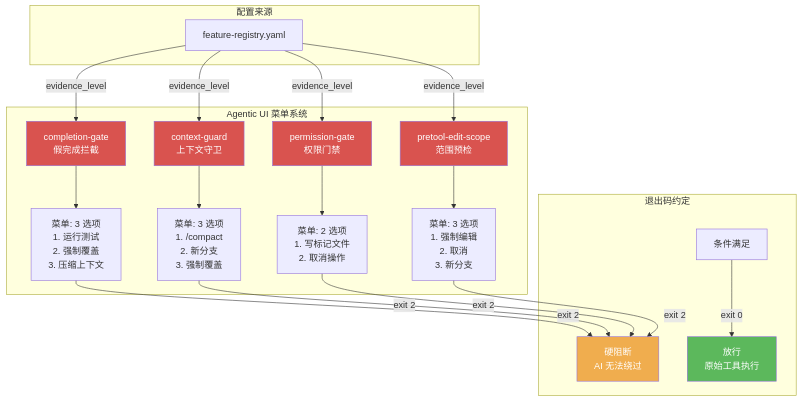
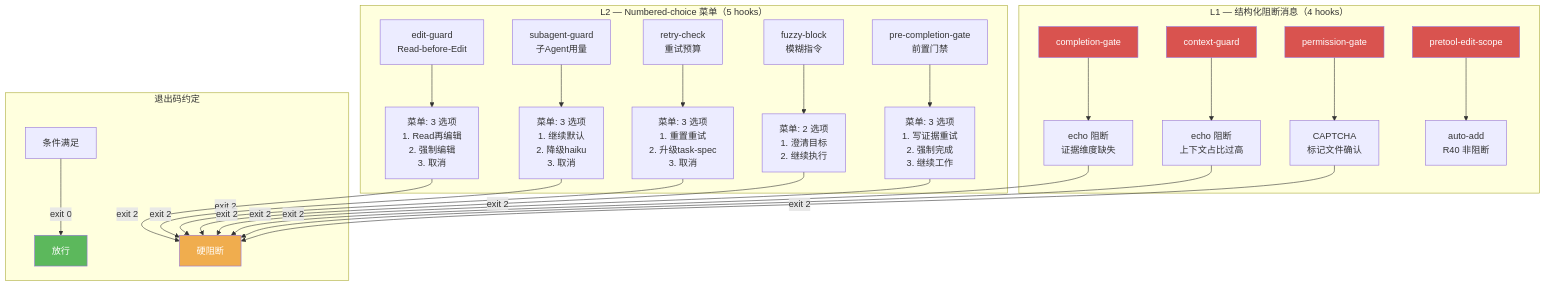
The second of 3 diagrams in lecture/07-agentic-ui.md (NinesunLiang/Sylph), drawn with Mermaid before and after one commit. The commit also changed other lines of this file and 111 other files, not shown here.

First line of the commit message:
fix: permission-gate 跨平台硬化 + install.sh 依赖预检 + DG-10~DG-15 狗粮教训

````diff
--- a/lecture/07-agentic-ui.md
+++ b/lecture/07-agentic-ui.md
@@ -312,31 +451,36 @@
 ```mermaid
 graph TD
-    subgraph "Agentic UI 菜单系统"
-        CG[completion-gate<br/>假完成拦截] --> M1["菜单: 3 选项<br/>1. 运行测试<br/>2. 强制覆盖<br/>3. 压缩上下文"]
-        CTX[context-guard<br/>上下文守卫] --> M2["菜单: 3 选项<br/>1. /compact<br/>2. 新分支<br/>3. 强制覆盖"]
-        PG[permission-gate<br/>权限门禁] --> M3["菜单: 2 选项<br/>1. 写标记文件<br/>2. 取消操作"]
-        ES[pretool-edit-scope<br/>范围预检] --> M4["菜单: 3 选项<br/>1. 强制编辑<br/>2. 取消<br/>3. 新分支"]
+    subgraph "L2 — Numbered-choice 菜单（5 hooks）"
+        EG[edit-guard<br/>Read-before-Edit] --> M1["菜单: 3 选项<br/>1. Read再编辑<br/>2. 强制编辑<br/>3. 取消"]
+        SG[subagent-guard<br/>子Agent用量] --> M2["菜单: 3 选项<br/>1. 继续默认<br/>2. 降级haiku<br/>3. 取消"]
+        RC[retry-check<br/>重试预算] --> M3["菜单: 3 选项<br/>1. 重置重试<br/>2. 升级task-spec<br/>3. 取消"]
+        FB[fuzzy-block<br/>模糊指令] --> M4["菜单: 2 选项<br/>1. 澄清目标<br/>2. 继续执行"]
+        PC[pre-completion-gate<br/>前置门禁] --> M5["菜单: 3 选项<br/>1. 写证据重试<br/>2. 强制完成<br/>3. 继续工作"]
     end
 
-    subgraph "配置来源"
-        FR[feature-registry.yaml] -->|evidence_level| CG
-        FR -->|evidence_level| CTX
-        FR -->|evidence_level| PG
-        FR -->|evidence_level| ES
+    subgraph "L1 — 结构化阻断消息（4 hooks）"
+        CG[completion-gate] --> S1["echo 阻断<br/>证据维度缺失"]
+        CTX[context-guard] --> S2["echo 阻断<br/>上下文占比过高"]
+        PG[permission-gate] --> S3["CAPTCHA<br/>标记文件确认"]
+        ES[pretool-edit-scope] --> S4["auto-add<br/>R40 非阻断"]
     end
 
     subgraph "退出码约定"
-        M1 -->|exit 2| BLOCK[硬阻断<br/>AI 无法绕过]
+        M1 -->|exit 2| BLOCK[硬阻断]
         M2 -->|exit 2| BLOCK
         M3 -->|exit 2| BLOCK
         M4 -->|exit 2| BLOCK
-        OK[条件满足] -->|exit 0| PASS[放行<br/>原始工具执行]
+        M5 -->|exit 2| BLOCK
+        S1 -->|exit 2| BLOCK
+        S2 -->|exit 2| BLOCK
+        S3 -->|exit 2| BLOCK
+        OK[条件满足] -->|exit 0| PASS[放行]
     end
 
     style CG fill:#d9534f,color:#fff
     style CTX fill:#d9534f,color:#fff
     style PG fill:#d9534f,color:#fff
     style ES fill:#d9534f,color:#fff
     style BLOCK fill:#f0ad4e,color:#fff
     style PASS fill:#5cb85c,color:#fff
 ```
````
